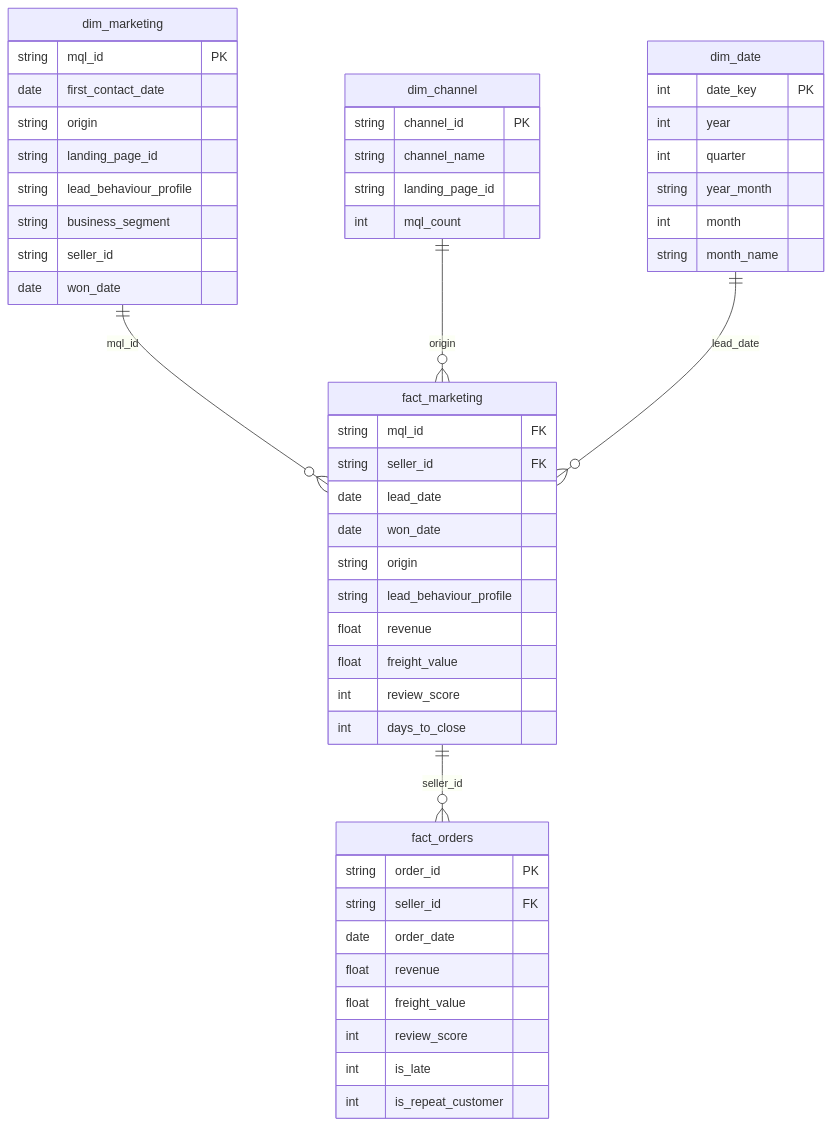
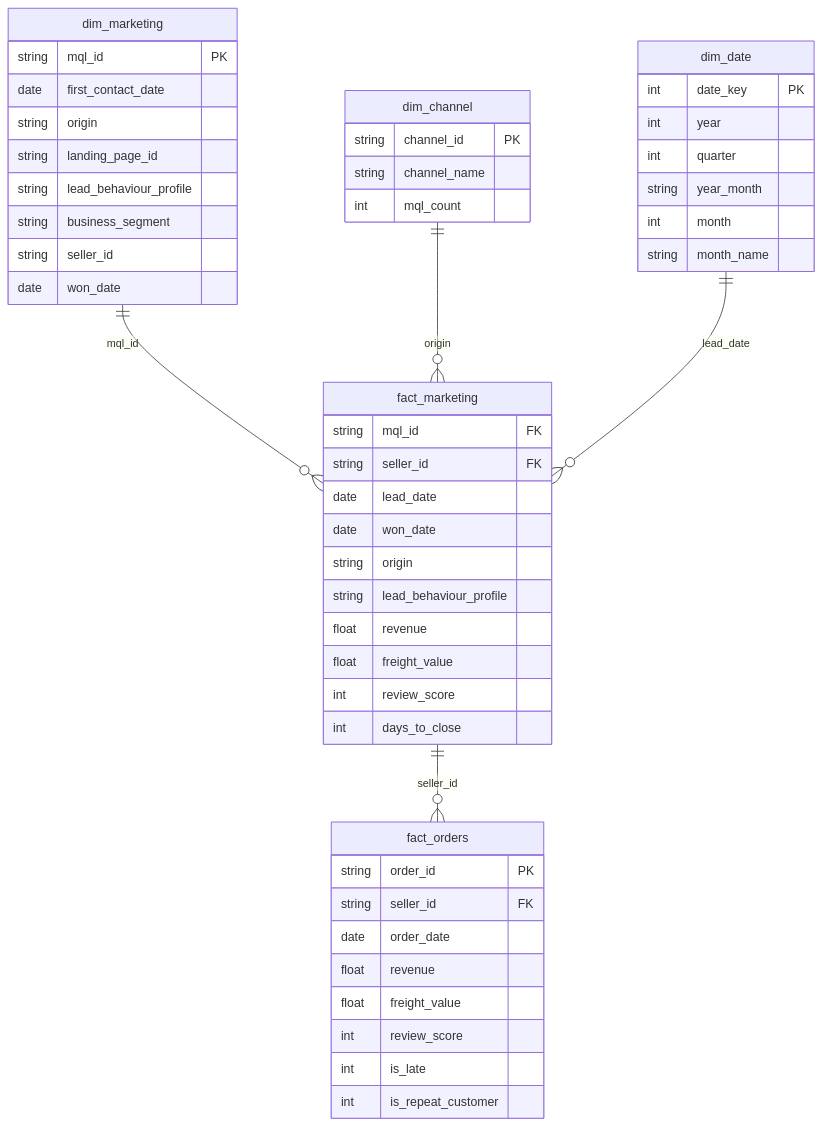
Before and after one commit to albarpambagio/olist-marketing-dashboard: the first of 2 diagrams in docs/powerbi_build_guide.md, drawn with Mermaid. The commit also changed 2 other files, not shown here.

Commit message:
[Marketing] Fix dim_channel 1-to-many cardinality by removing landing_page_id

````diff
--- a/docs/powerbi_build_guide.md
+++ b/docs/powerbi_build_guide.md
@@ -11,58 +11,57 @@
 ```mermaid
 erDiagram
     dim_marketing ||--o{ fact_marketing : "mql_id"
     dim_channel ||--o{ fact_marketing : "origin"
     dim_date ||--o{ fact_marketing : "lead_date"
     fact_marketing ||--o{ fact_orders : "seller_id"
 
     dim_marketing {
         string mql_id PK
         date first_contact_date
         string origin
         string landing_page_id
         string lead_behaviour_profile
         string business_segment
         string seller_id
         date won_date
     }
 
     dim_channel {
         string channel_id PK
         string channel_name
-        string landing_page_id
         int mql_count
     }
 
     dim_date {
         int date_key PK
         int year
         int quarter
         string year_month
         int month
         string month_name
     }
 
     fact_marketing {
         string mql_id FK
         string seller_id FK
         date lead_date
         date won_date
         string origin
         string lead_behaviour_profile
         float revenue
         float freight_value
         int review_score
         int days_to_close
     }
 
     fact_orders {
         string order_id PK
         string seller_id FK
         date order_date
         float revenue
         float freight_value
         int review_score
         int is_late
         int is_repeat_customer
     }
 ```
````
